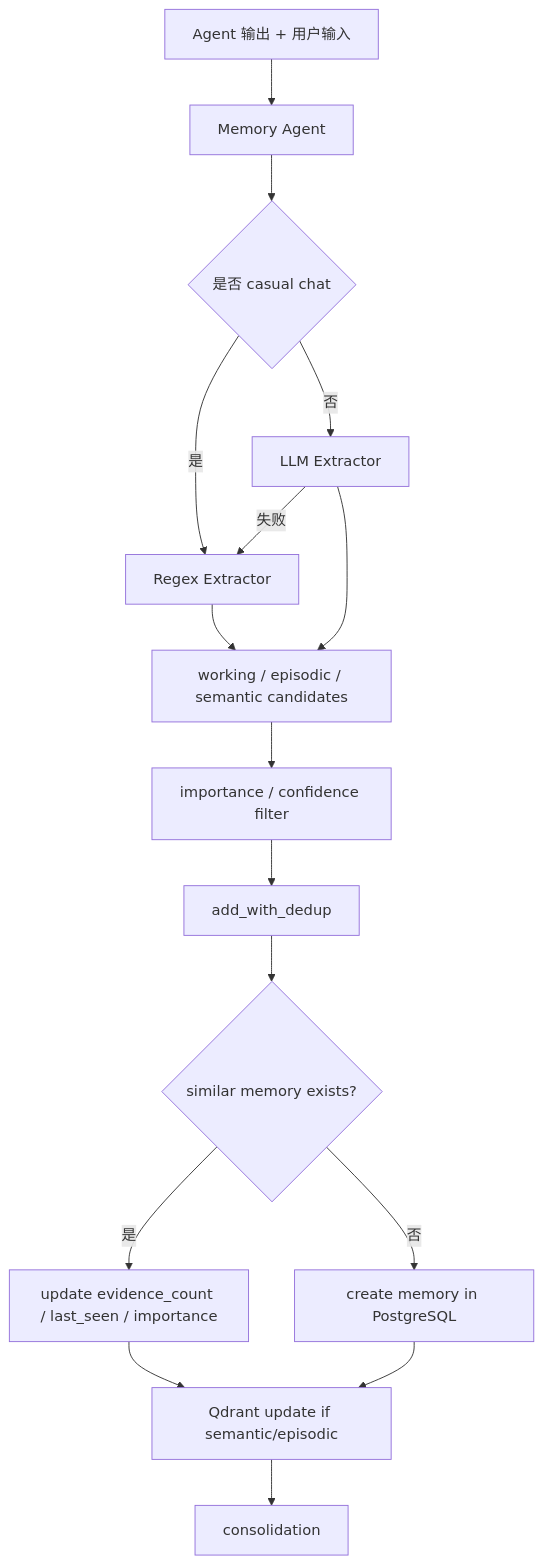
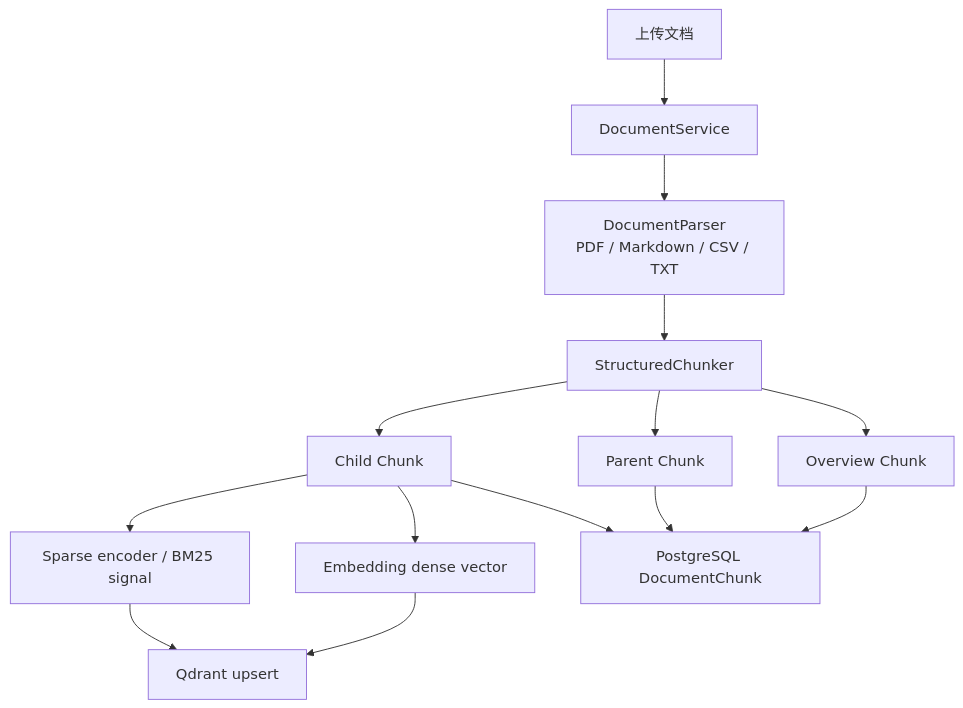
One commit to Ordish-cell/InsightGap-Agent changed diagram 15 of 27 in agent面试.md. Above: the diagram before and after it, drawn with Mermaid. The commit also changed other lines of this file and 16 other files, not shown here.

````diff
--- a/agent面试.md
+++ b/agent面试.md
@@ -1967,18 +1147,16 @@
 ```mermaid
 flowchart TD
-    A["Agent 输出 + 用户输入"] --> B["Memory Agent"]
-    B --> C{"是否 casual chat"}
-    C -->|是| D["Regex Extractor"]
-    C -->|否| E["LLM Extractor"]
-    E -->|失败| D
-    D --> F["working / episodic / semantic candidates"]
-    E --> F
-    F --> G["importance / confidence filter"]
-    G --> H["add_with_dedup"]
-    H --> I{"similar memory exists?"}
-    I -->|是| J["update evidence_count / last_seen / importance"]
-    I -->|否| K["create memory in PostgreSQL"]
-    J --> L["Qdrant update if semantic/episodic"]
-    K --> L
-    L --> M["consolidation"]
+    A["上传文档"] --> B["DocumentService"]
+    B --> C["DocumentParser<br/>PDF / Markdown / CSV / TXT"]
+    C --> D["StructuredChunker"]
+    D --> E["Overview Chunk"]
+    D --> F["Parent Chunk"]
+    D --> G["Child Chunk"]
+    G --> H["Embedding dense vector"]
+    G --> I["Sparse encoder / BM25 signal"]
+    H --> J["Qdrant upsert"]
+    I --> J
+    E --> PG["PostgreSQL DocumentChunk"]
+    F --> PG
+    G --> PG
 ```
````
